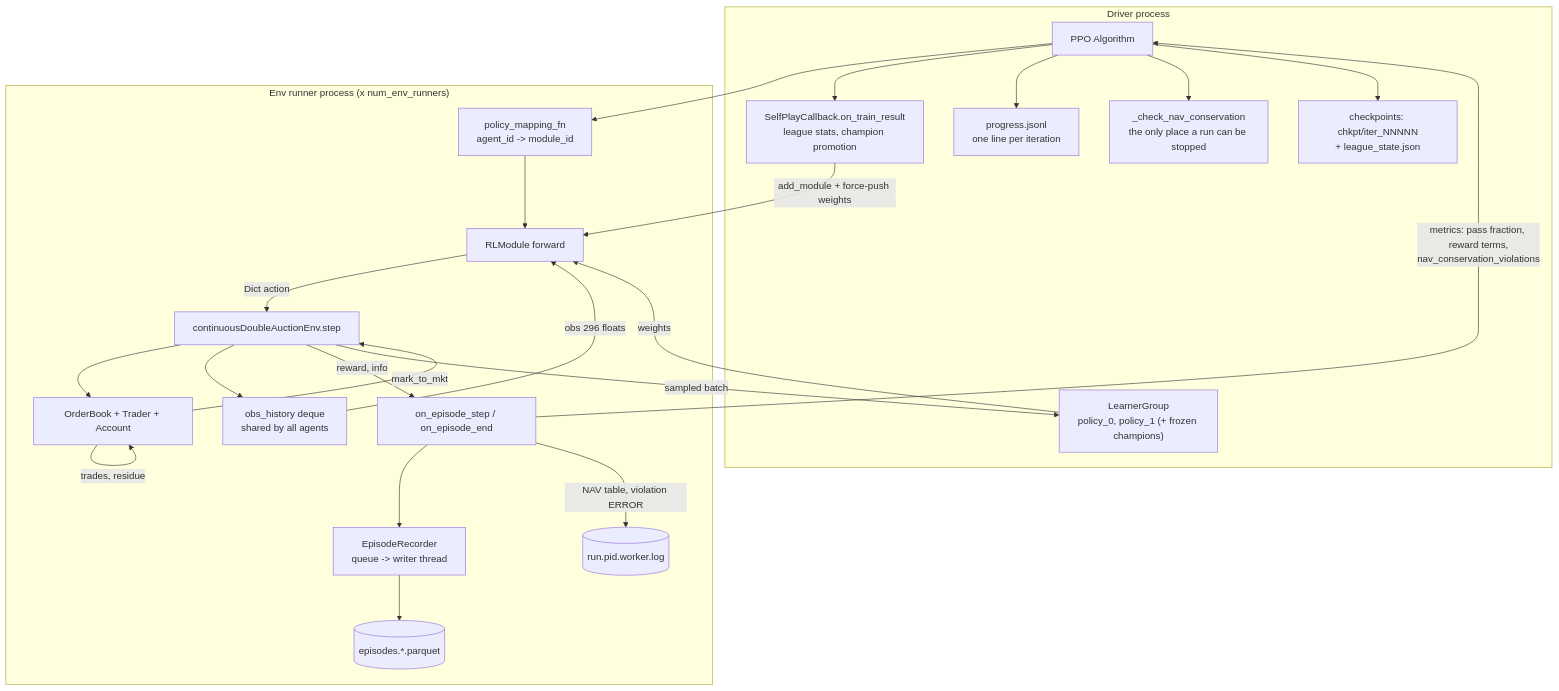
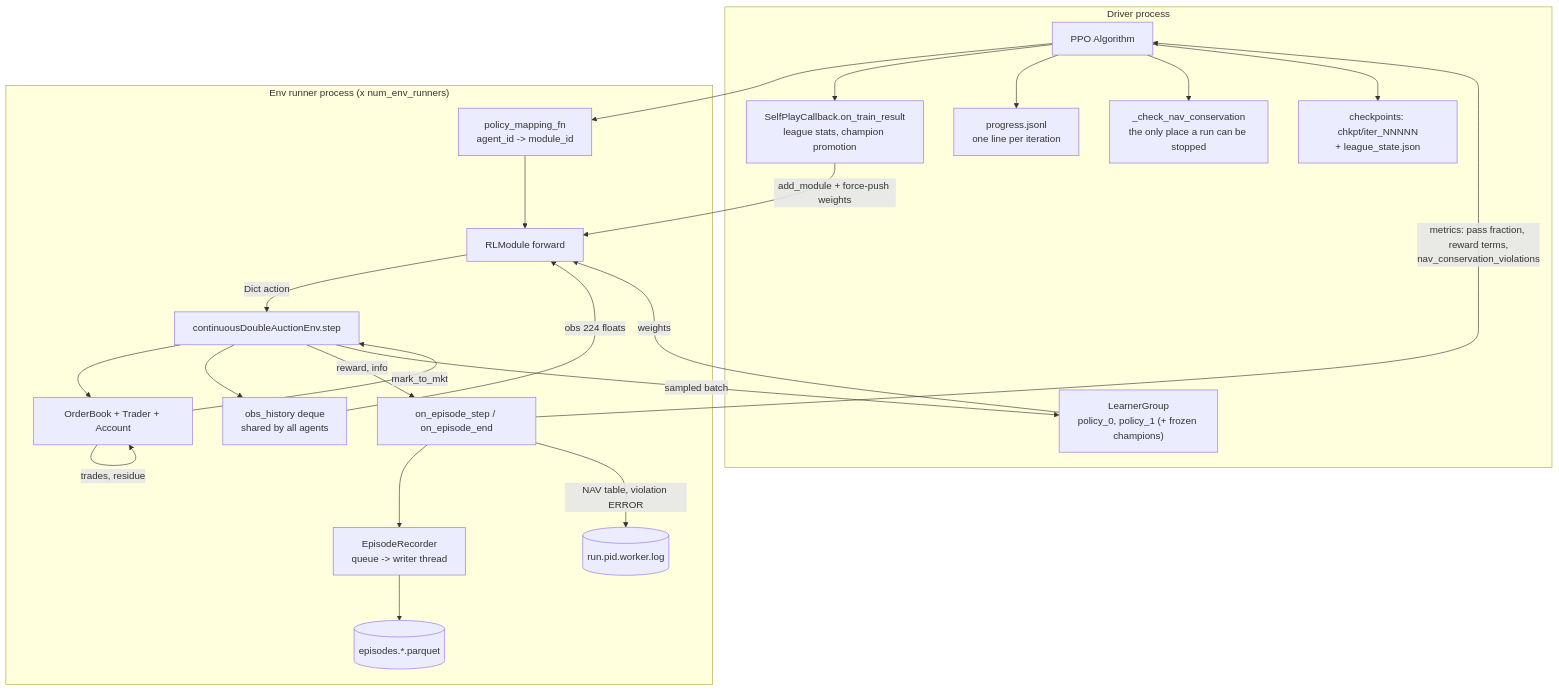
One commit to ChuaCheowHuan/gym-continuousDoubleAuction changed the fifth of 5 diagrams in doc/02_architecture.md. Above: the diagram before and after it, drawn with Mermaid. The commit also changed other lines of this file and 40 other files, not shown here.

````diff
--- a/doc/02_architecture.md
+++ b/doc/02_architecture.md
@@ -564,43 +565,43 @@
 ```mermaid
 flowchart TB
     subgraph DRV["Driver process"]
         ALGO["PPO Algorithm"]
         LG["LearnerGroup<br/>policy_0, policy_1 (+ frozen champions)"]
         OTR["SelfPlayCallback.on_train_result<br/>league stats, champion promotion"]
         PROG["progress.jsonl<br/>one line per iteration"]
         NAVCHK["_check_nav_conservation<br/>the only place a run can be stopped"]
         CHK["checkpoints: chkpt/iter_NNNNN<br/>+ league_state.json"]
     end
 
     subgraph RUN["Env runner process (x num_env_runners)"]
         MAP["policy_mapping_fn<br/>agent_id -> module_id"]
         RLM["RLModule forward"]
         ENV["continuousDoubleAuctionEnv.step"]
         BOOK["OrderBook + Trader + Account"]
         OBSH["obs_history deque<br/>shared by all agents"]
         HOOKS["on_episode_step / on_episode_end"]
         REC["EpisodeRecorder<br/>queue -> writer thread"]
         PARQ[("episodes.*.parquet")]
         RLOG[("run.pid.worker.log")]
     end
 
     ALGO --> MAP
     MAP --> RLM
     RLM -->|"Dict action"| ENV
     ENV --> BOOK
     BOOK -->|"trades, residue"| BOOK
     BOOK -->|"mark_to_mkt"| ENV
     ENV --> OBSH
-    OBSH -->|"obs 296 floats"| RLM
+    OBSH -->|"obs 224 floats"| RLM
     ENV -->|"reward, info"| HOOKS
     HOOKS --> REC --> PARQ
     HOOKS -->|"NAV table, violation ERROR"| RLOG
     HOOKS -->|"metrics: pass fraction, reward terms,<br/>nav_conservation_violations"| ALGO
     ENV -->|"sampled batch"| LG
     LG -->|"weights"| RLM
     ALGO --> OTR
     OTR -->|"add_module + force-push weights"| RLM
     ALGO --> PROG
     ALGO --> NAVCHK
     ALGO --> CHK
 ```
````
